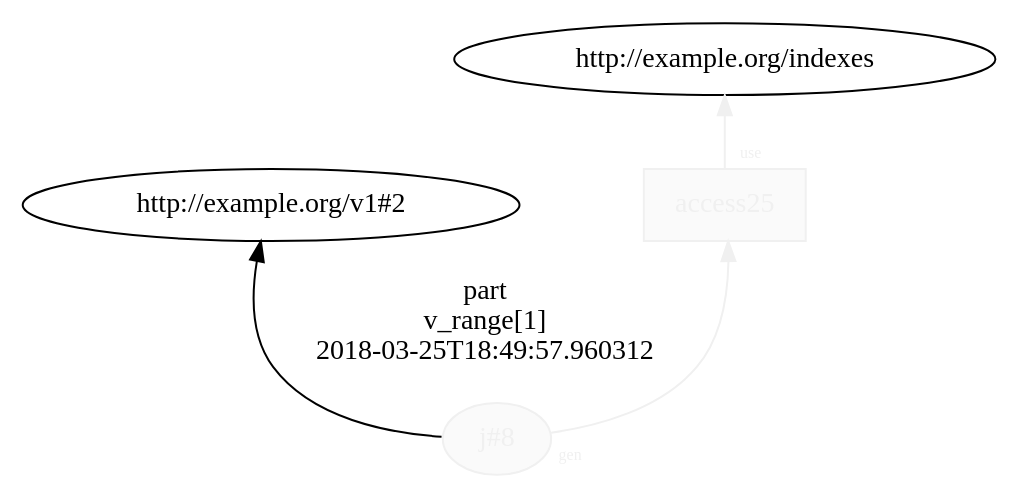
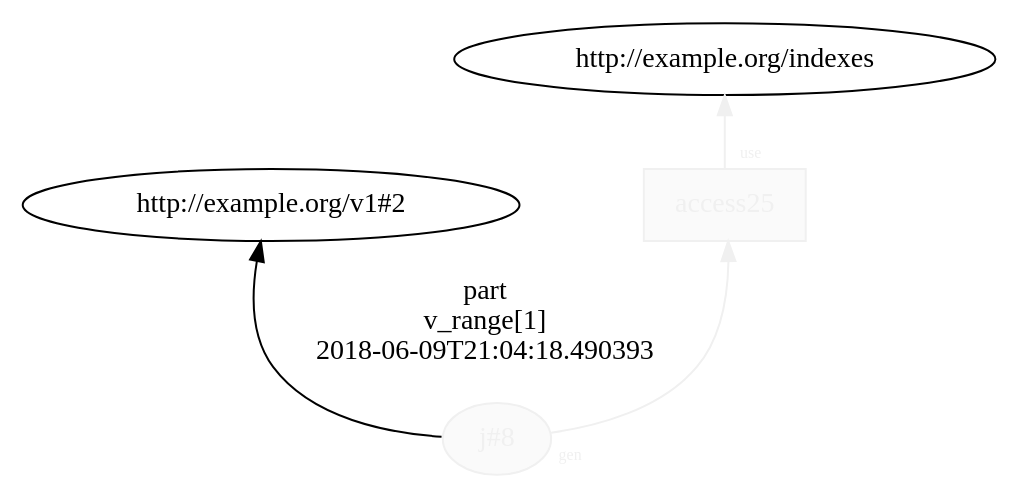
Before and after one commit to dew-uff/versioned-prov: the diagram in generated/mutable_prov/temp/L13__loop_access_8.dot, drawn with Graphviz. The commit also changed 926 other files, not shown here.

```diff
--- a/generated/mutable_prov/temp/L13__loop_access_8.dot
+++ b/generated/mutable_prov/temp/L13__loop_access_8.dot
@@ -1,9 +1,9 @@
 digraph "PROV" { size="16,12"; rankdir="BT";
 "http://example.org/j#8" [fillcolor="#FAFAFA",color="#F0F0F0",style="filled",fontcolor="#F0F0F0",label="j#8",URL="http://example.org/j#8"]
 "http://example.org/j#8" -> "http://example.org/v1#2" [fontsize="14",distance="1.5",angle="60.0",rotation="20",label="part
 v_range[1]
-2018-03-25T18:49:57.960312"]
+2018-06-09T21:04:18.490393"]
 "http://example.org/access25" [fillcolor="#FAFAFA",color="#F0F0F0",shape="polygon",sides="4",style="filled",fontcolor="#F0F0F0",label="access25",URL="http://example.org/access25"]
 "http://example.org/access25" -> "http://example.org/indexes" [labelfontsize="8",labeldistance="1.5",labelangle="60.0",rotation="20",taillabel="use",fontcolor="#F0F0F0",color="#F0F0F0"]
 "http://example.org/j#8" -> "http://example.org/access25" [labelfontsize="8",labeldistance="1.5",labelangle="60.0",rotation="20",taillabel="gen",fontcolor="#F0F0F0",color="#F0F0F0"]
 }
```
